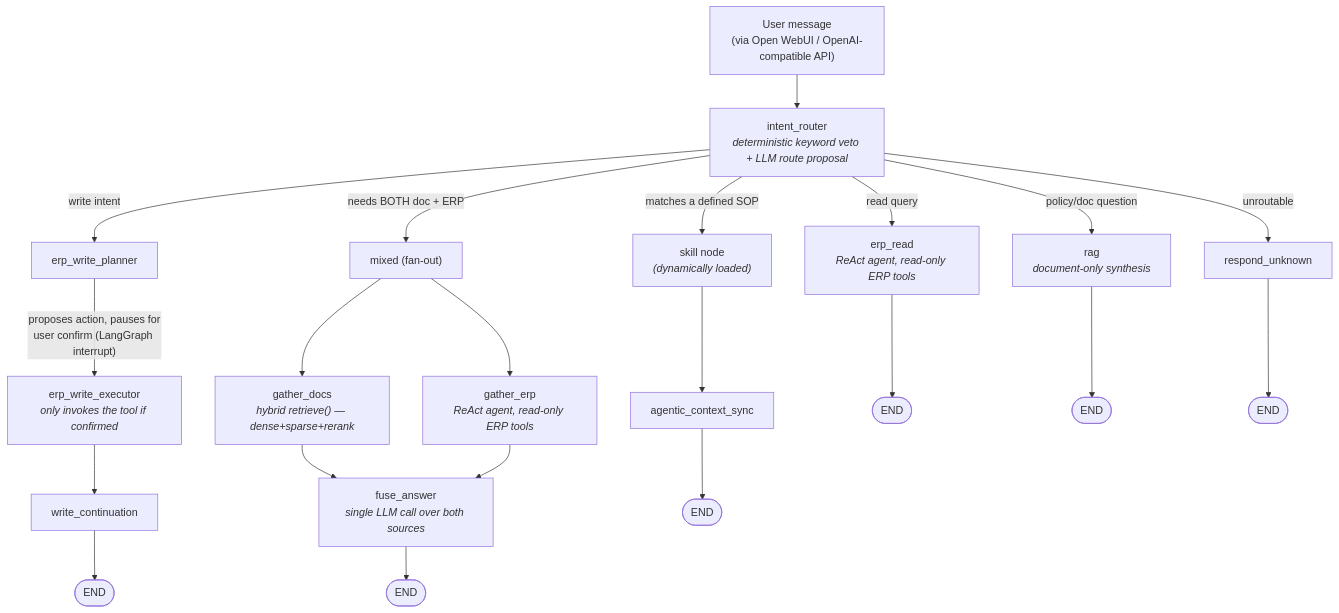
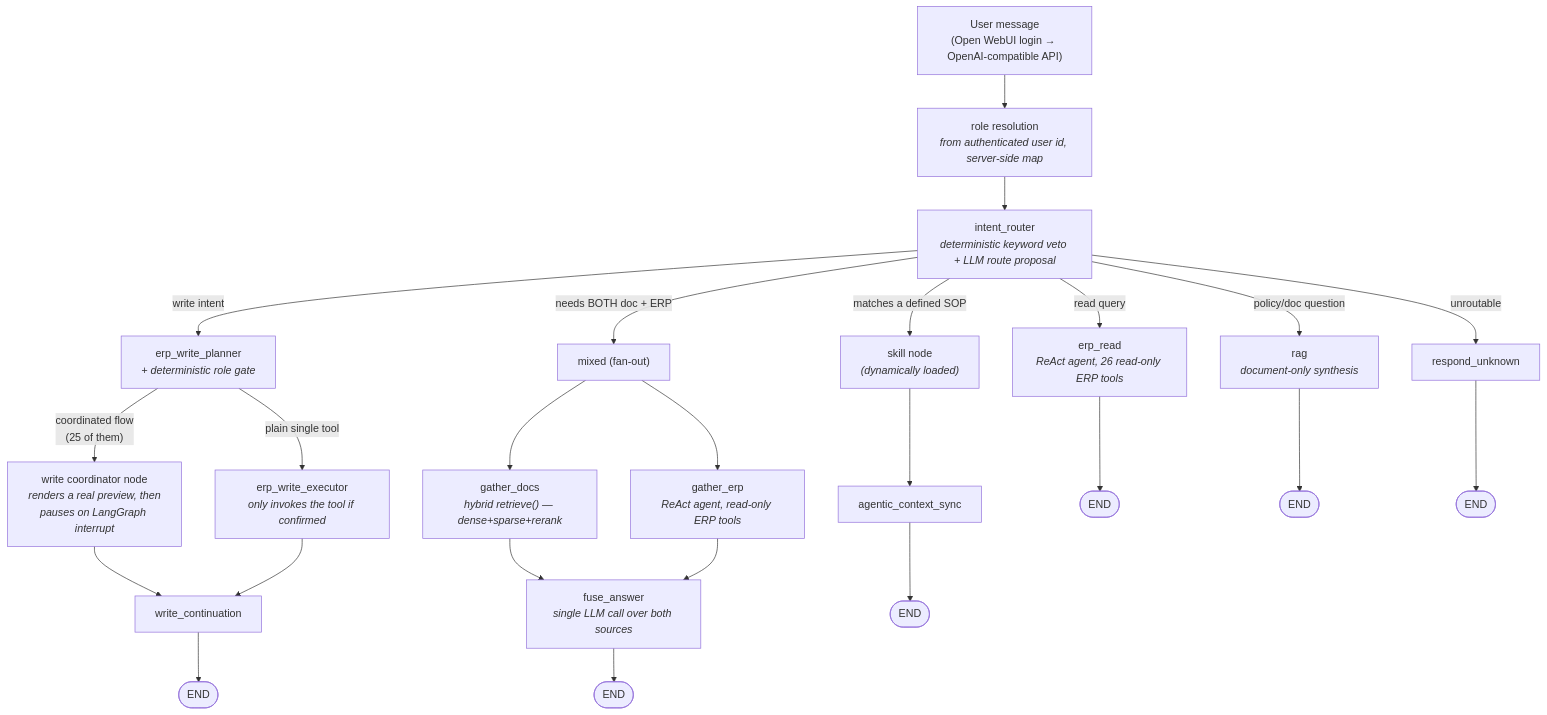
One commit to HaroPh/YOUdoo-assistant changed the diagram in README.md. Above: the diagram before and after it, drawn with Mermaid. The commit also changed other lines of this file, not shown here.

````diff
--- a/README.md
+++ b/README.md
@@ -33,27 +39,31 @@
 ```mermaid
 flowchart TD
-    U["User message<br/>(via Open WebUI / OpenAI-compatible API)"] --> IR
+    U["User message<br/>(Open WebUI login → OpenAI-compatible API)"] --> ROLE
+
+    ROLE["role resolution<br/><i>from authenticated user id, server-side map</i>"] --> IR
 
     IR["intent_router<br/><i>deterministic keyword veto + LLM route proposal</i>"]
 
-    IR -->|read query| READ["erp_read<br/><i>ReAct agent, read-only ERP tools</i>"]
-    IR -->|write intent| WP["erp_write_planner"]
+    IR -->|read query| READ["erp_read<br/><i>ReAct agent, 26 read-only ERP tools</i>"]
+    IR -->|write intent| WP["erp_write_planner<br/><i>+ deterministic role gate</i>"]
     IR -->|policy/doc question| RAG["rag<br/><i>document-only synthesis</i>"]
     IR -->|needs BOTH doc + ERP| MIX["mixed (fan-out)"]
     IR -->|matches a defined SOP| SKILL["skill node<br/><i>(dynamically loaded)</i>"]
     IR -->|unroutable| UNK["respond_unknown"]
 
-    WP -->|"proposes action, pauses for<br/>user confirm (LangGraph interrupt)"| WX["erp_write_executor<br/><i>only invokes the tool if confirmed</i>"]
-    WX --> WC["write_continuation"] --> END1(["END"])
+    WP -->|"coordinated flow<br/>(25 of them)"| COORD["write coordinator node<br/><i>renders a real preview, then</i><br/><i>pauses on LangGraph interrupt</i>"]
+    WP -->|"plain single tool"| WX["erp_write_executor<br/><i>only invokes the tool if confirmed</i>"]
+    COORD --> WC["write_continuation"]
+    WX --> WC --> END1(["END"])
 
     MIX --> GD["gather_docs<br/><i>hybrid retrieve() — dense+sparse+rerank</i>"]
     MIX --> GE["gather_erp<br/><i>ReAct agent, read-only ERP tools</i>"]
     GD --> FUSE["fuse_answer<br/><i>single LLM call over both sources</i>"]
     GE --> FUSE
     FUSE --> END2(["END"])
 
     SKILL --> SYNC["agentic_context_sync"] --> END3(["END"])
     READ --> END4(["END"])
     RAG --> END5(["END"])
     UNK --> END6(["END"])
 ```
````
